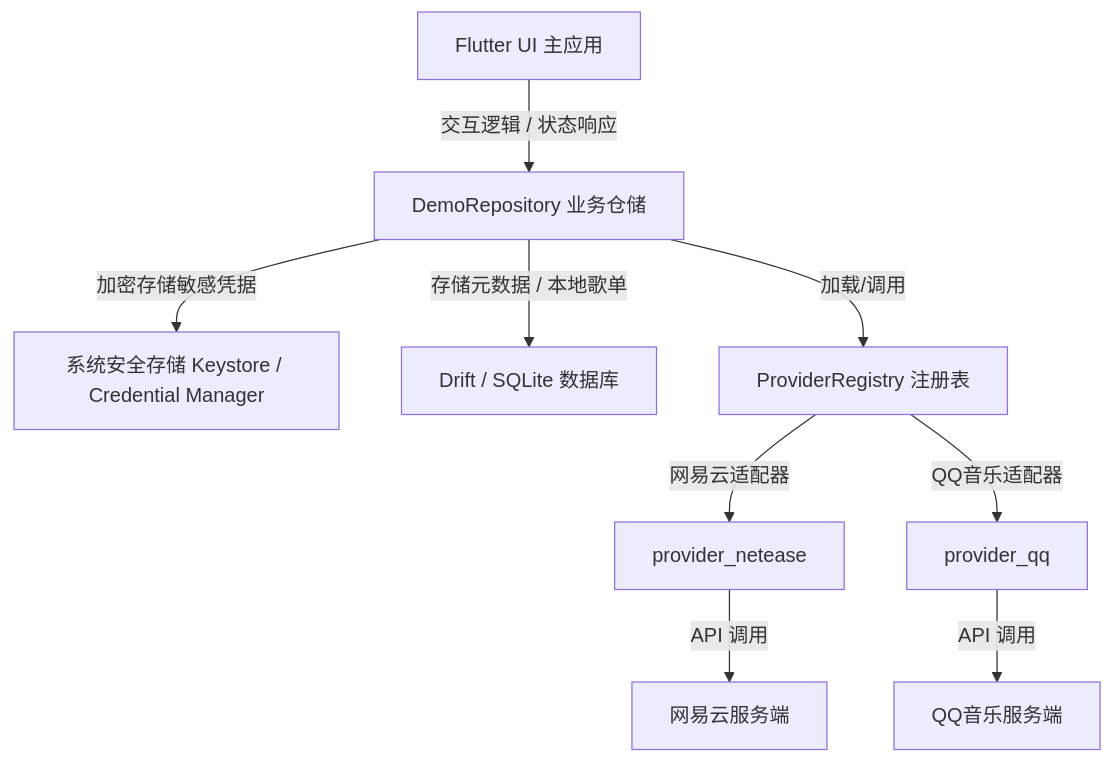
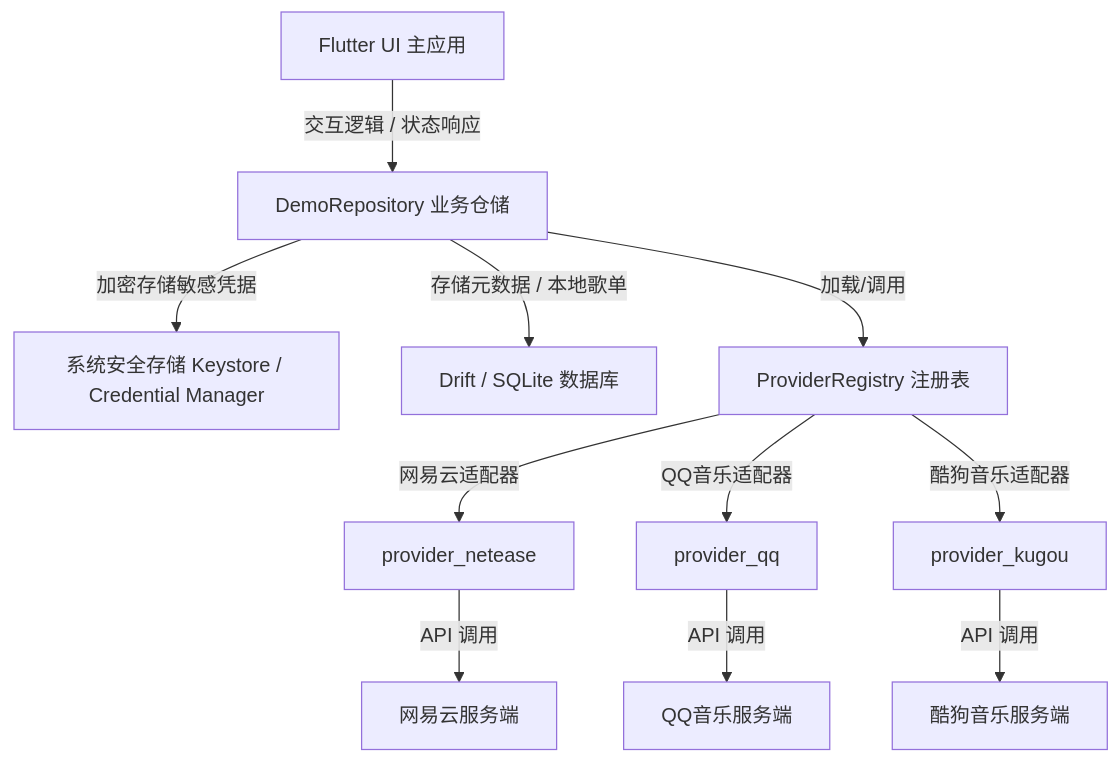
Before and after one commit to VirgoooooX/melo-union: the diagram in README.md, drawn with Mermaid. The commit also changed other lines of this file, not shown here.

Commit message:
Document Kugou music provider support

````diff
--- a/README.md
+++ b/README.md
@@ -63,13 +63,15 @@
 ```mermaid
 graph TD
     App[Flutter UI 主应用] -->|交互逻辑 / 状态响应| Repo[DemoRepository 业务仓储]
     Repo -->|加密存储敏感凭据| Secure[系统安全存储 Keystore / Credential Manager]
     Repo -->|存储元数据 / 本地歌单| Drift[Drift / SQLite 数据库]
     Repo -->|加载/调用| Registry[ProviderRegistry 注册表]
     
     Registry -->|网易云适配器| Netease[provider_netease]
     Registry -->|QQ音乐适配器| QQMusic[provider_qq]
+    Registry -->|酷狗音乐适配器| Kugou[provider_kugou]
     
     Netease -->|API 调用| NetEaseCloud[网易云服务端]
     QQMusic -->|API 调用| QQMusicCloud[QQ音乐服务端]
+    Kugou -->|API 调用| KugouCloud[酷狗音乐服务端]
 ```
````
